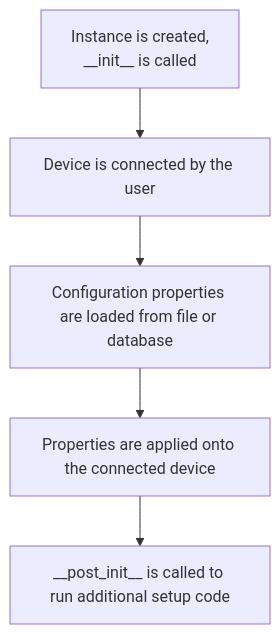
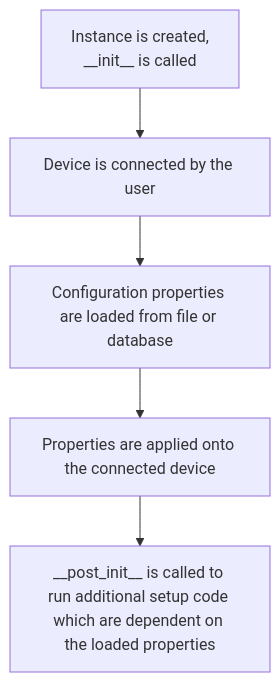
The diagram in docs/design/metaclasses.md (hololinked-dev/docs), drawn with Mermaid before and after one commit. The commit also changed other lines of this file and 16 other files, not shown here.

````diff
--- a/docs/design/metaclasses.md
+++ b/docs/design/metaclasses.md
@@ -88,7 +88,7 @@
 ```mermaid
 flowchart TD
     A[Instance is created, <br/> __init__ is called] --> B[Device is connected by the user]
     B --> C[Configuration properties are loaded from file or database]
     C --> D[Properties are applied onto the connected device]
-    D --> E[__post_init__ is called to run additional setup code]
+    D --> E[__post_init__ is called to run additional setup code <br/>which are dependent on the loaded properties]
 ```
````
